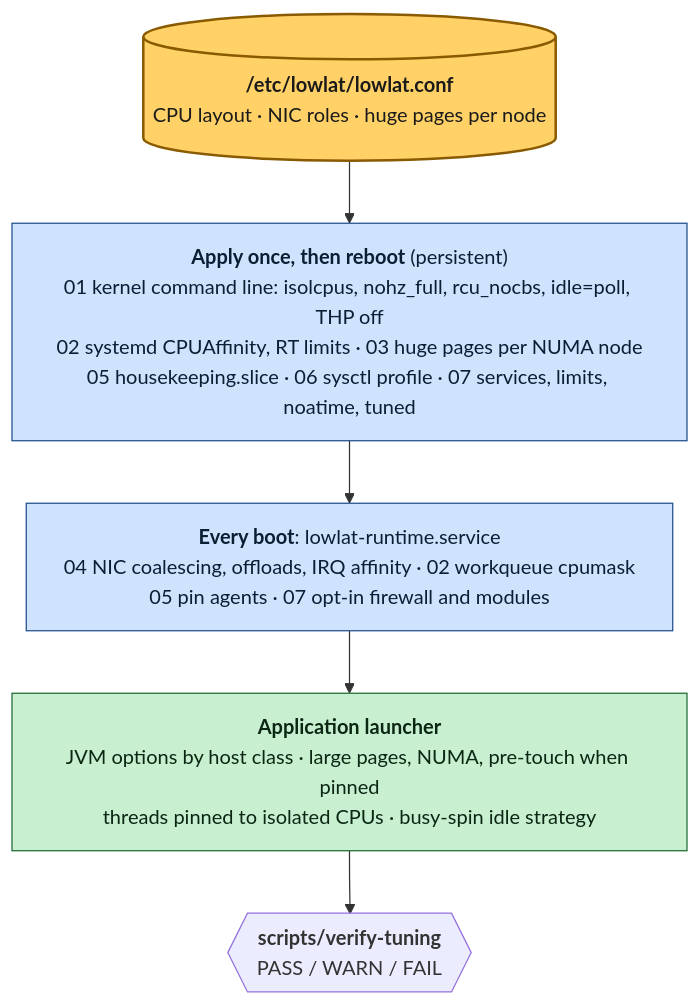
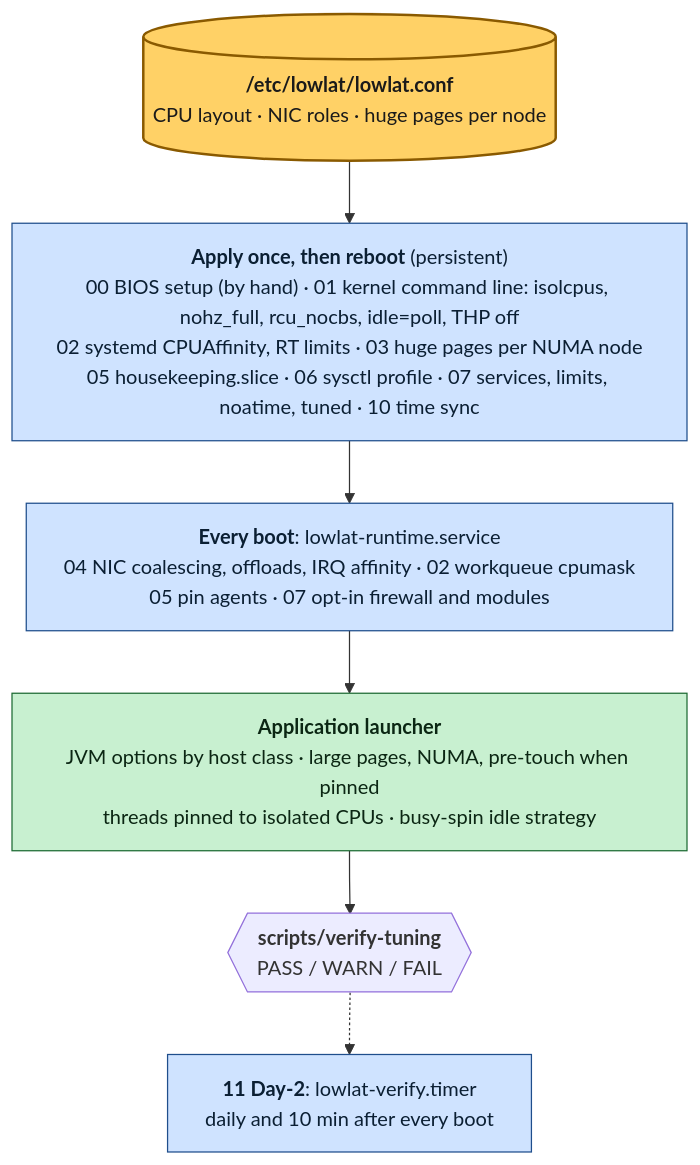
One commit to vitor-tadashi/mechanical-sympathy changed the diagram in README.md. Above: the diagram before and after it, drawn with Mermaid. The commit also changed other lines of this file and 11 other files, not shown here.

````diff
--- a/README.md
+++ b/README.md
@@ -90,16 +92,18 @@
 ```mermaid
 %%{init: {"flowchart": {"wrappingWidth": 480}}}%%
 flowchart TD
   conf[("<b>/etc/lowlat/lowlat.conf</b><br/>CPU layout · NIC roles · huge pages per node")]
-  once["<b>Apply once, then reboot</b> (persistent)<br/>01 kernel command line: isolcpus, nohz_full, rcu_nocbs, idle=poll, THP off<br/>02 systemd CPUAffinity, RT limits · 03 huge pages per NUMA node<br/>05 housekeeping.slice · 06 sysctl profile · 07 services, limits, noatime, tuned"]
+  once["<b>Apply once, then reboot</b> (persistent)<br/>00 BIOS setup (by hand) · 01 kernel command line: isolcpus, nohz_full, rcu_nocbs, idle=poll, THP off<br/>02 systemd CPUAffinity, RT limits · 03 huge pages per NUMA node<br/>05 housekeeping.slice · 06 sysctl profile · 07 services, limits, noatime, tuned · 10 time sync"]
   boot["<b>Every boot</b>: lowlat-runtime.service<br/>04 NIC coalescing, offloads, IRQ affinity · 02 workqueue cpumask<br/>05 pin agents · 07 opt-in firewall and modules"]
   app["<b>Application launcher</b><br/>JVM options by host class · large pages, NUMA, pre-touch when pinned<br/>threads pinned to isolated CPUs · busy-spin idle strategy"]
   verify{{"<b>scripts/verify-tuning</b><br/>PASS / WARN / FAIL"}}
+  watch["<b>11 Day-2</b>: lowlat-verify.timer<br/>daily and 10 min after every boot"]
   conf --> once --> boot --> app --> verify
+  verify -.-> watch
   classDef hk fill:#cfe3ff,stroke:#1f4e8c,color:#0b1f33
   classDef iso fill:#c8f0d0,stroke:#1d6b33,color:#0b2613
   classDef focus fill:#ffd166,stroke:#8a5a00,color:#1a1a1a,stroke-width:2px
   class conf focus
-  class once,boot hk
+  class once,boot,watch hk
   class app iso
 ```
````
